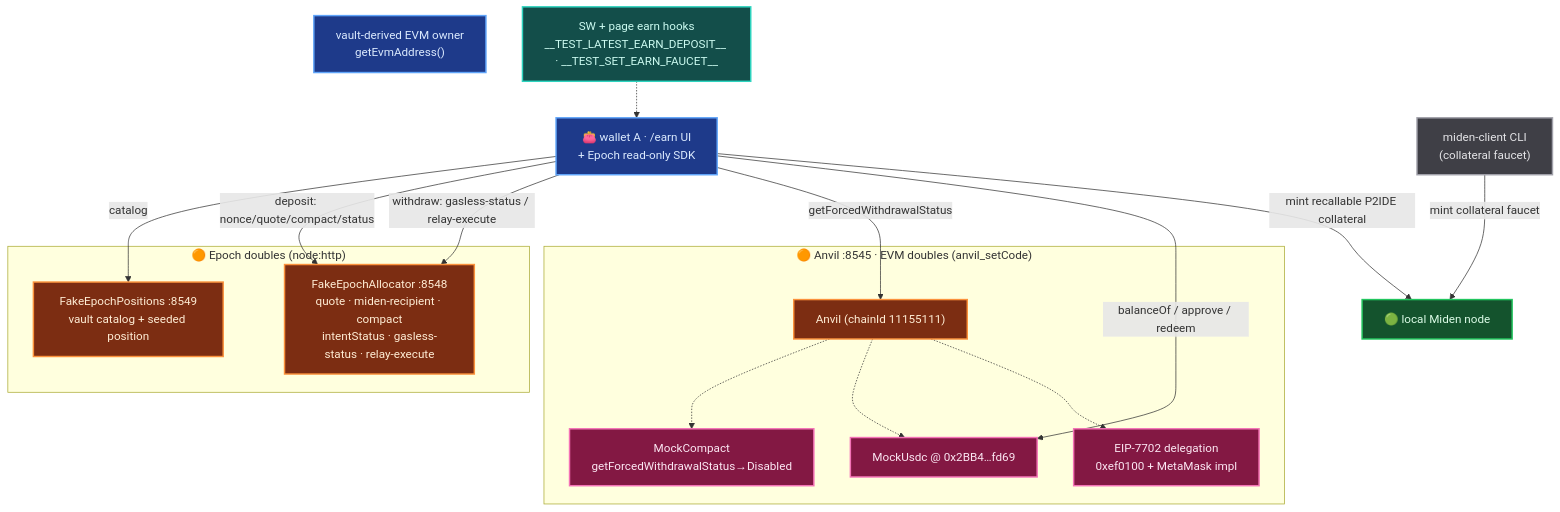
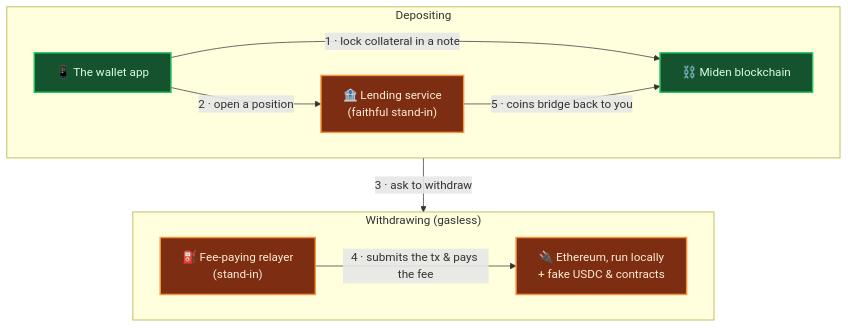
One commit to 0xMiden/wallet changed the sixth of 8 diagrams in playwright/e2e/docs/e2e-architecture.md. Above: the diagram before and after it, drawn with Mermaid. The commit also changed other lines of this file, not shown here.

Commit message:
docs(e2e): rewrite for a non-Miden audience — plainer language, high-level diagrams, corrected claims

````diff
--- a/playwright/e2e/docs/e2e-architecture.md
+++ b/playwright/e2e/docs/e2e-architecture.md
@@ -322,39 +223,23 @@
 ```mermaid
 flowchart TB
-  WA["👛 wallet A · /earn UI<br/>+ Epoch read-only SDK"]:::wallet
-  OWNER["vault-derived EVM owner<br/>getEvmAddress()"]:::wallet
-  CLI["miden-client CLI<br/>(collateral faucet)"]:::cli
-  HOOKS["SW + page earn hooks<br/>__TEST_LATEST_EARN_DEPOSIT__ · __TEST_SET_EARN_FAUCET__"]:::hook
+  APP["📱 The wallet app"]:::real
+  CHAIN["⛓️ Miden blockchain"]:::real
+  LEND["🏦 Lending service<br/>(faithful stand-in)"]:::fake
+  ETH["🔌 Ethereum, run locally<br/>+ fake USDC & contracts"]:::fake
+  RELAY["⛽ Fee-paying relayer<br/>(stand-in)"]:::fake
 
-  subgraph EPOCH["🟠 Epoch doubles (node:http)"]
-    ALLOC["FakeEpochAllocator :8548<br/>quote · miden-recipient · compact<br/>intentStatus · gasless-status · relay-execute"]:::double
-    POS["FakeEpochPositions :8549<br/>vault catalog + seeded position"]:::double
+  subgraph DEP["Depositing"]
+    direction LR
+    APP -->|"1 · lock collateral in a note"| CHAIN
+    APP -->|"2 · open a position"| LEND
+  end
+  subgraph WD["Withdrawing (gasless)"]
+    direction LR
+    APP -->|"3 · ask to withdraw"| RELAY
+    RELAY -->|"4 · submits the tx & pays the fee"| ETH
+    LEND -->|"5 · coins bridge back to you"| CHAIN
   end
 
-  subgraph EVM["🟠 Anvil :8545 · EVM doubles (anvil_setCode)"]
-    ANVIL["Anvil (chainId 11155111)"]:::double
-    COMPACT["MockCompact<br/>getForcedWithdrawalStatus→Disabled"]:::evm
-    USDC["MockUsdc @ 0x2BB4…fd69"]:::evm
-    D7702["EIP-7702 delegation<br/>0xef0100 + MetaMask impl"]:::evm
-  end
-
-  MT["🟢 local Miden node"]:::real
-
-  WA -->|"catalog"| POS
-  WA -->|"deposit: nonce/quote/compact/status"| ALLOC
-  WA -->|"withdraw: gasless-status / relay-execute"| ALLOC
-  WA -->|"getForcedWithdrawalStatus"| ANVIL
-  WA -->|"balanceOf / approve / redeem"| USDC
-  ANVIL -.-> COMPACT & USDC & D7702
-  CLI -->|"mint collateral faucet"| MT
-  WA -->|"mint recallable P2IDE collateral"| MT
-  HOOKS -.-> WA
-
   classDef real fill:#14532d,stroke:#22c55e,stroke-width:2px,color:#dcfce7;
-  classDef double fill:#7c2d12,stroke:#fb923c,stroke-width:2px,color:#ffedd5;
-  classDef evm fill:#831843,stroke:#f472b6,stroke-width:2px,color:#fce7f3;
-  classDef wallet fill:#1e3a8a,stroke:#60a5fa,stroke-width:2px,color:#dbeafe;
-  classDef hook fill:#134e4a,stroke:#2dd4bf,stroke-width:2px,color:#ccfbf1;
-  classDef cli fill:#3f3f46,stroke:#a1a1aa,stroke-width:2px,color:#e4e4e7;
-  classDef infra fill:#1f2937,stroke:#6b7280,stroke-width:1px,color:#e5e7eb,stroke-dasharray:4 3;
+  classDef fake fill:#7c2d12,stroke:#fb923c,stroke-width:2px,color:#ffedd5;
 ```
````
